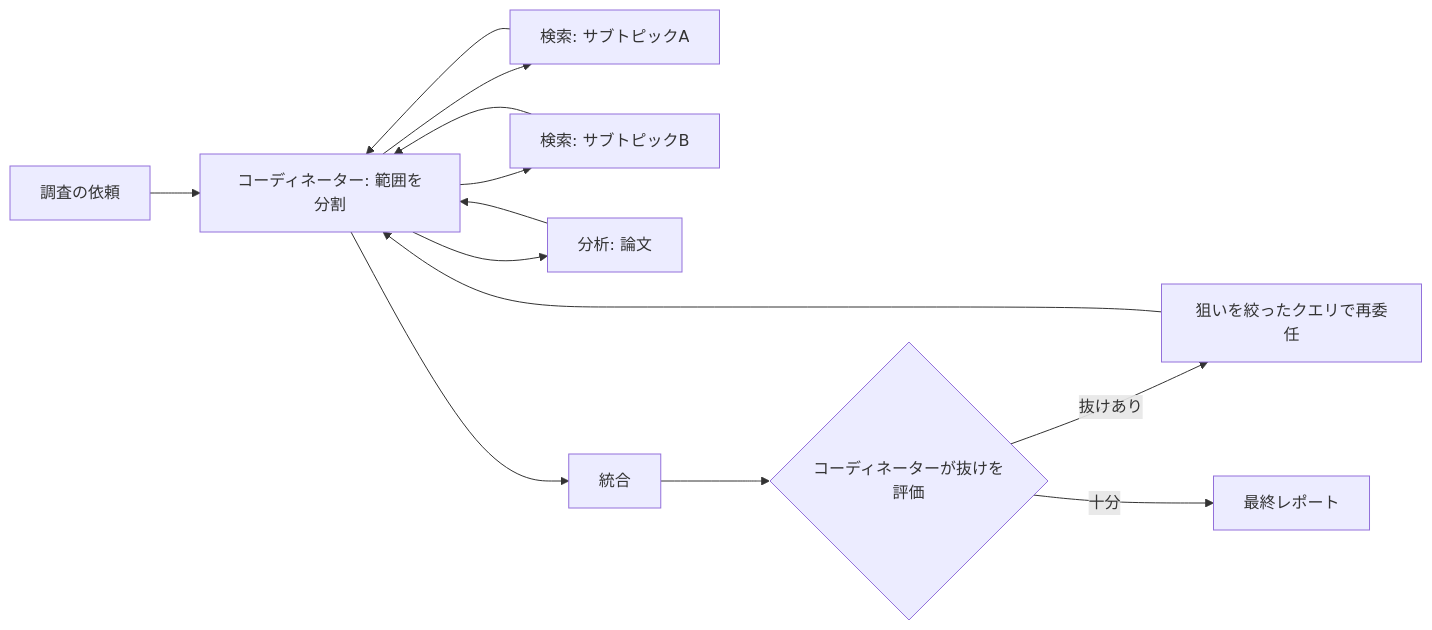
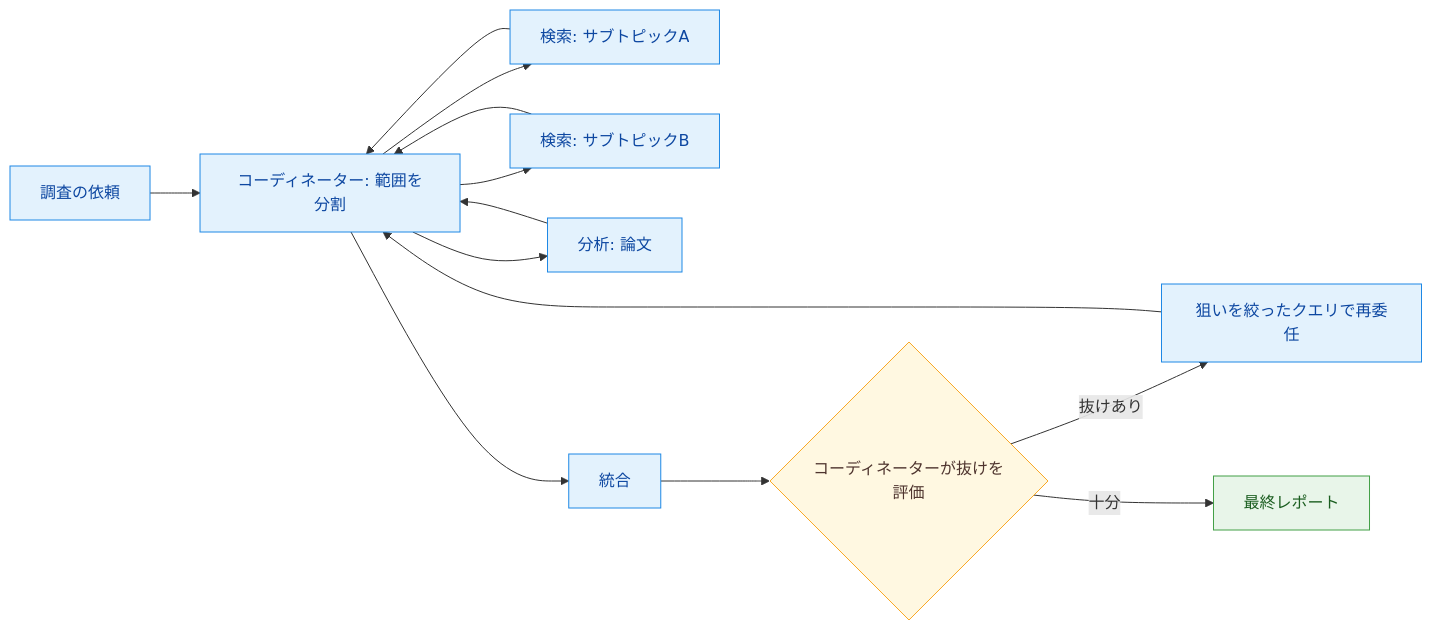
One commit to yuya-take/yuya-exam-notes changed the diagram in ccaf/notes/01-agentic-architecture/scope-partitioning-iterative-refinement.md. Above: the diagram before and after it, drawn with Mermaid. The commit also changed other lines of this file and 50 other files, not shown here.

````diff
--- a/ccaf/notes/01-agentic-architecture/scope-partitioning-iterative-refinement.md
+++ b/ccaf/notes/01-agentic-architecture/scope-partitioning-iterative-refinement.md
@@ -11,10 +12,16 @@
 ```mermaid
 flowchart LR
   Q[調査の依頼] --> C[コーディネーター: 範囲を分割]
   C --> S1[検索: サブトピックA] & S2[検索: サブトピックB] & S3[分析: 論文]
   S1 & S2 & S3 --> C
   C --> Y[統合]
   Y --> E{コーディネーターが抜けを評価}
   E -- 抜けあり --> R[狙いを絞ったクエリで再委任] --> C
   E -- 十分 --> O[最終レポート]
+  classDef run fill:#e3f2fd,stroke:#1e88e5,color:#0d47a1
+  classDef judge fill:#fff8e1,stroke:#f9a825,color:#4e342e
+  classDef done fill:#e8f5e9,stroke:#43a047,color:#1b5e20
+  class Q,C,S1,S2,S3,Y,R run
+  class E judge
+  class O done
 ```
````
